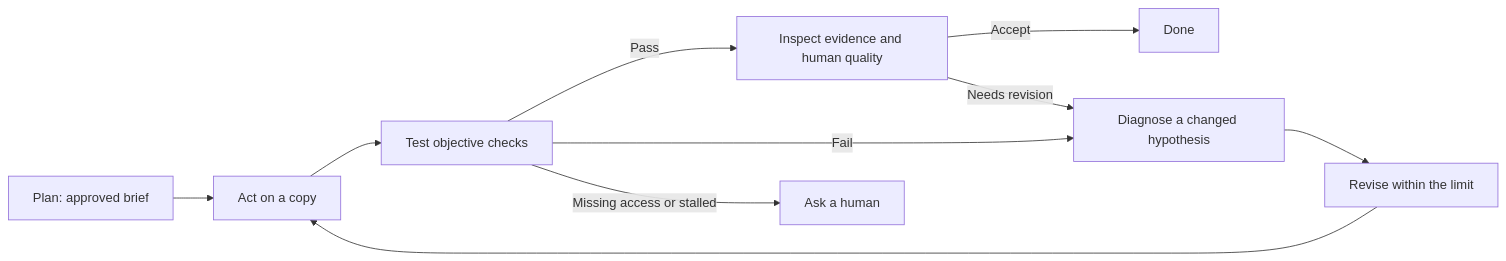
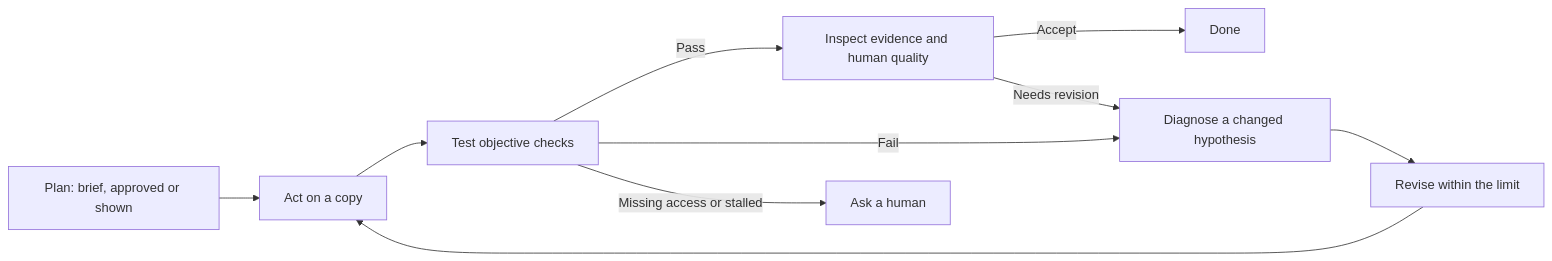
Before and after one commit to marcosathanasoulis/prompt-it: the first of 3 diagrams in docs/guide/guide.md, drawn with Mermaid. The commit also changed other lines of this file and 23 other files, not shown here.

````diff
--- a/docs/guide/guide.md
+++ b/docs/guide/guide.md
@@ -314,12 +325,12 @@
 ```mermaid
 flowchart LR
-  P[Plan: approved brief] --> A[Act on a copy]
+  P[Plan: brief, approved or shown] --> A[Act on a copy]
   A --> T[Test objective checks]
   T -->|Pass| I[Inspect evidence and human quality]
   I -->|Accept| D[Done]
   T -->|Fail| X[Diagnose a changed hypothesis]
   I -->|Needs revision| X
   X --> R[Revise within the limit]
   R --> A
   T -->|Missing access or stalled| H[Ask a human]
 ```
````
